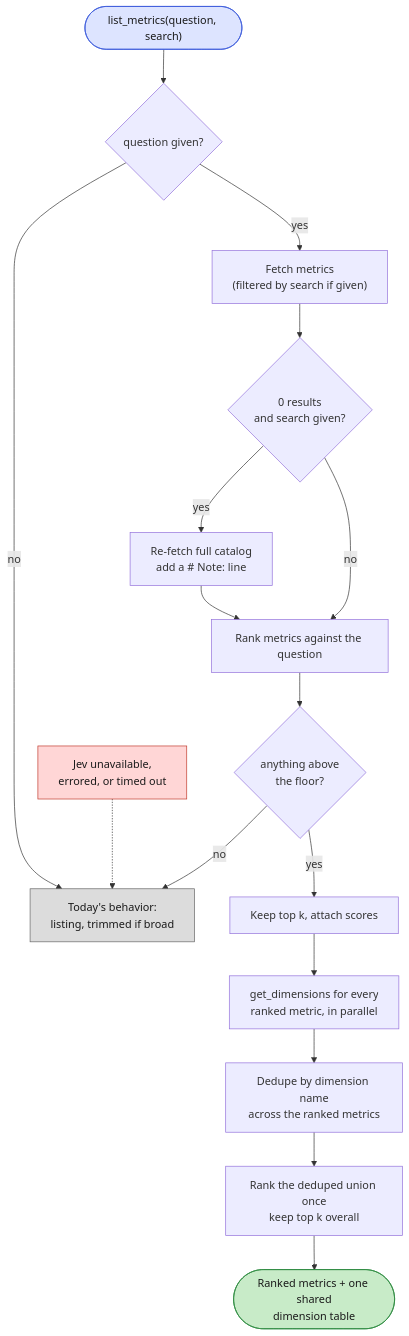
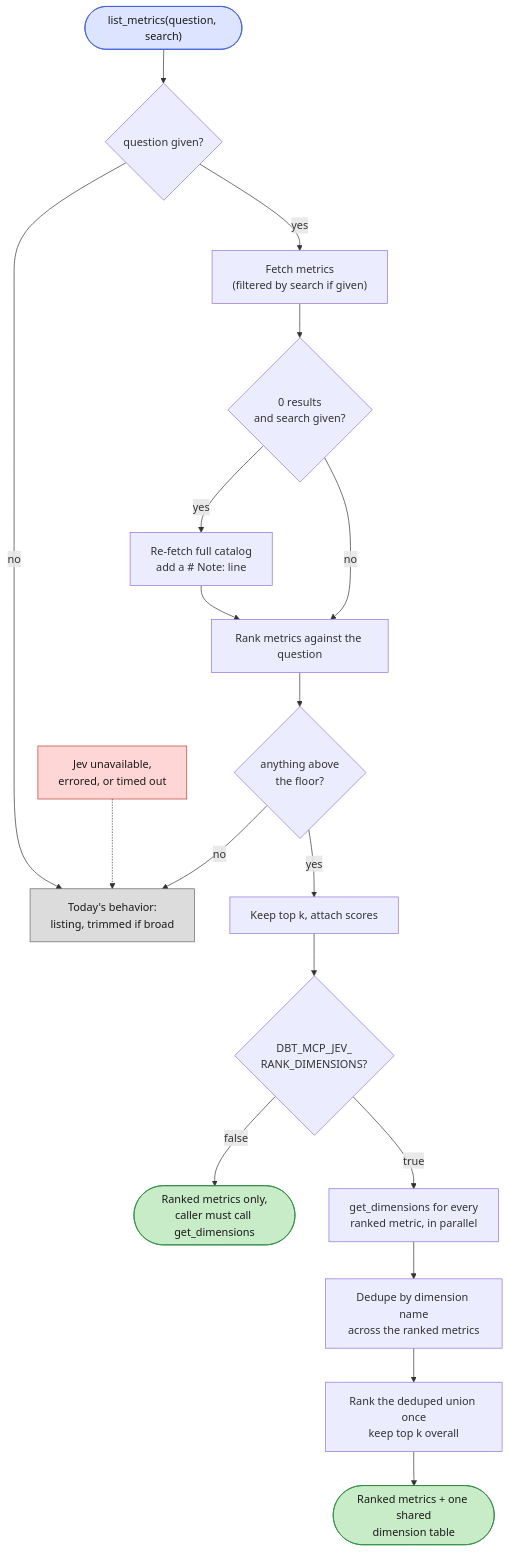
Before and after one commit to dbt-labs/dbt-mcp: the third of 3 diagrams in docs/jev-relevance-filtering.md, drawn with Mermaid. The commit also changed other lines of this file and 8 other files, not shown here.

First line of the commit message:
Add DBT_MCP_JEV_RANK_DIMENSIONS to let Jev rank metrics without dimensions

````diff
--- a/docs/jev-relevance-filtering.md
+++ b/docs/jev-relevance-filtering.md
@@ -154,23 +154,26 @@
 ```mermaid
 flowchart TD
     S(["list_metrics(question, search)"]) --> HQ{"question given?"}
     HQ -->|no| OLD["Today's behavior:<br/>listing, trimmed if broad"]
     HQ -->|yes| FETCH["Fetch metrics<br/>(filtered by search if given)"]
     FETCH --> EMPTY{"0 results<br/>and search given?"}
     EMPTY -->|yes| WIDEN["Re-fetch full catalog<br/>add a # Note: line"]
     EMPTY -->|no| RANK
     WIDEN --> RANK["Rank metrics against the question"]
     RANK --> FLOOR{"anything above<br/>the floor?"}
     FLOOR -->|no| OLD
     FLOOR -->|yes| TOPK["Keep top k, attach scores"]
-    TOPK --> FETCH2["get_dimensions for every<br/>ranked metric, in parallel"]
+    TOPK --> RD{"DBT_MCP_JEV_<br/>RANK_DIMENSIONS?"}
+    RD -->|false| OUT2(["Ranked metrics only,<br/>caller must call get_dimensions"])
+    RD -->|true| FETCH2["get_dimensions for every<br/>ranked metric, in parallel"]
     FETCH2 --> DEDUPE["Dedupe by dimension name<br/>across the ranked metrics"]
     DEDUPE --> RANKD["Rank the deduped union once<br/>keep top k overall"]
     RANKD --> OUT(["Ranked metrics + one shared<br/>dimension table"])
     ERR["Jev unavailable,<br/>errored, or timed out"] -.-> OLD
 
     style OLD fill:#dcdcdc,stroke:#666,color:#1a1a1a
     style ERR fill:#ffd6d6,stroke:#c0392b,color:#1a1a1a
     style OUT fill:#c8ebc8,stroke:#2b8a3e,color:#1a1a1a
+    style OUT2 fill:#c8ebc8,stroke:#2b8a3e,color:#1a1a1a
     style S fill:#dde4ff,stroke:#3b5bdb,color:#1a1a1a
 ```
````
